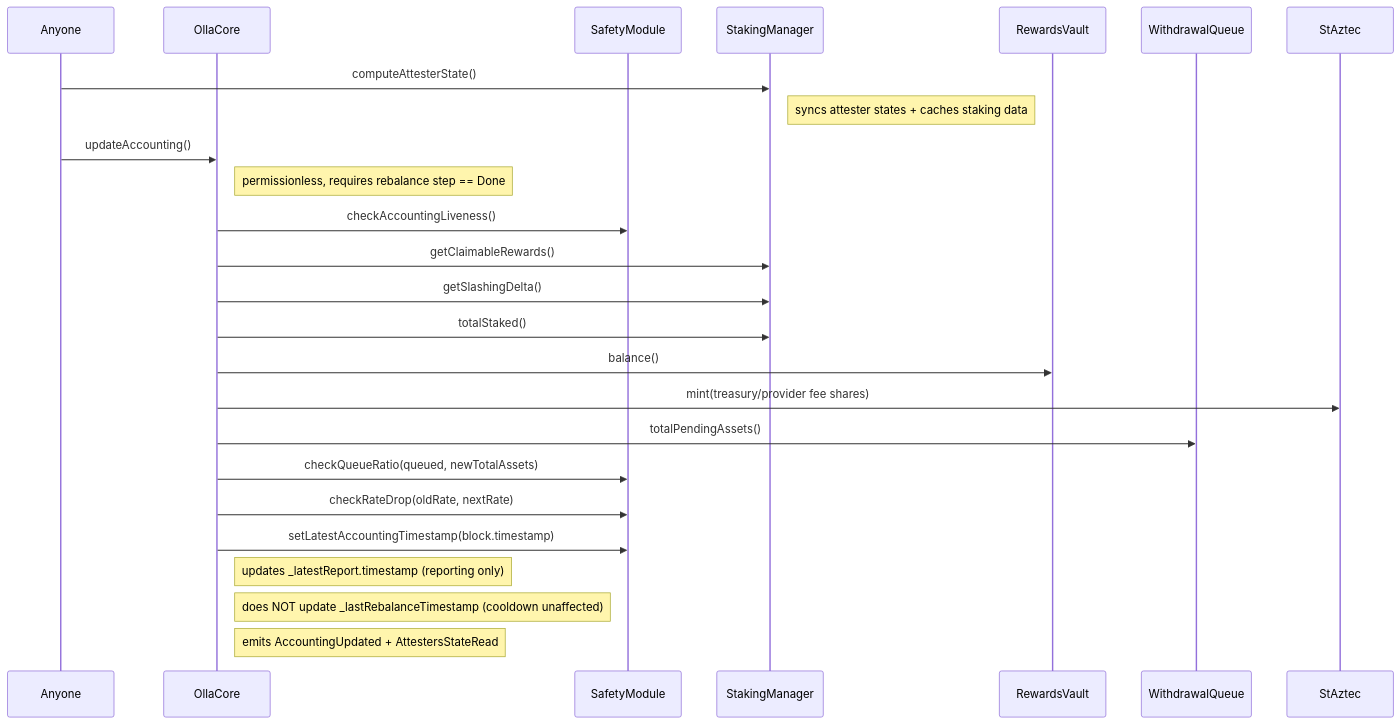
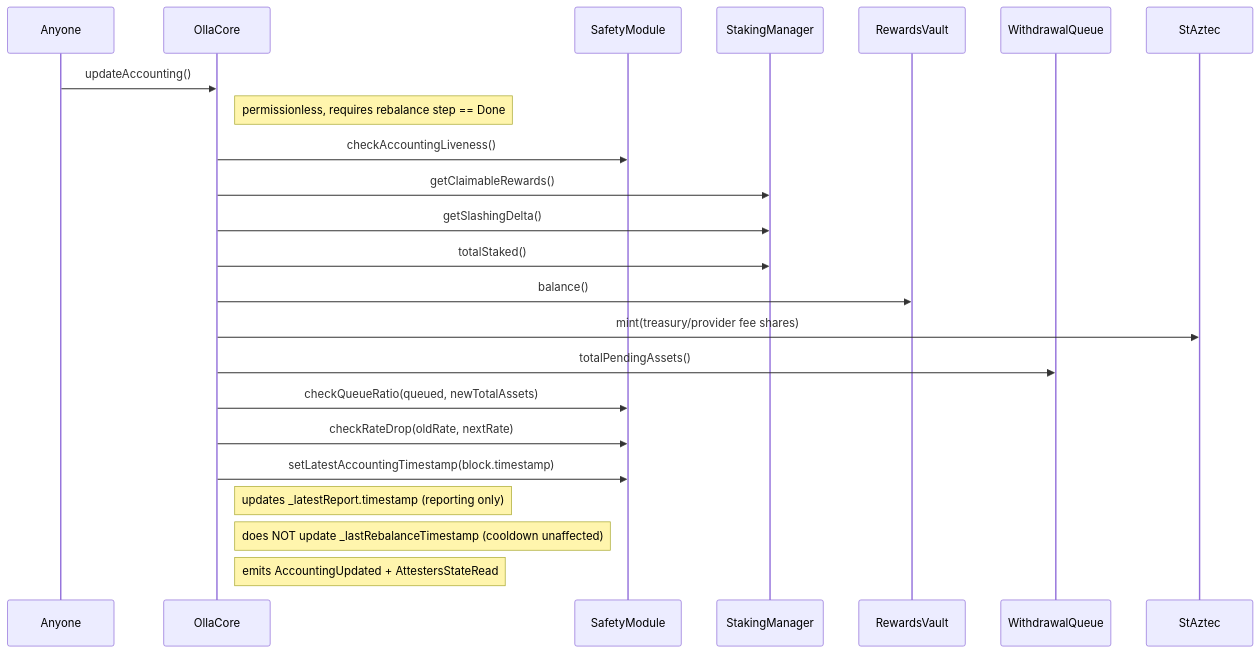
The ninth of 9 diagrams in docs/operator-actions.md (ollafinance/core), drawn with Mermaid before and after one commit. The commit also changed other lines of this file and 42 other files, not shown here.

First line of the commit message:
improvement: refactor StakingManager with event-driven attester state updates (#311)

````diff
--- a/docs/operator-actions.md
+++ b/docs/operator-actions.md
@@ -239,28 +236,26 @@
 ```mermaid
 sequenceDiagram
     participant A as Anyone
     participant C as OllaCore
     participant SAF as SafetyModule
     participant SM as StakingManager
     participant RV as RewardsVault
     participant WQ as WithdrawalQueue
     participant ST as StAztec
 
-    A->>SM: computeAttesterState()
-    Note right of SM: syncs attester states + caches staking data
     A->>C: updateAccounting()
     Note right of C: permissionless, requires rebalance step == Done
     C->>SAF: checkAccountingLiveness()
     C->>SM: getClaimableRewards()
     C->>SM: getSlashingDelta()
     C->>SM: totalStaked()
     C->>RV: balance()
     C->>ST: mint(treasury/provider fee shares)
     C->>WQ: totalPendingAssets()
     C->>SAF: checkQueueRatio(queued, newTotalAssets)
     C->>SAF: checkRateDrop(oldRate, nextRate)
     C->>SAF: setLatestAccountingTimestamp(block.timestamp)
     Note right of C: updates _latestReport.timestamp (reporting only)
     Note right of C: does NOT update _lastRebalanceTimestamp (cooldown unaffected)
     Note right of C: emits AccountingUpdated + AttestersStateRead
 ```
````
